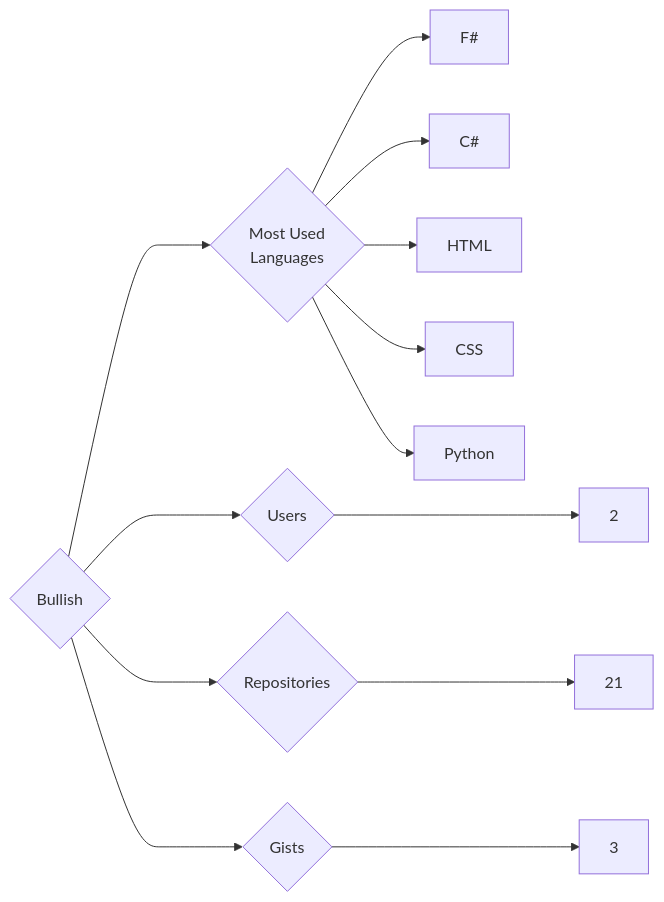
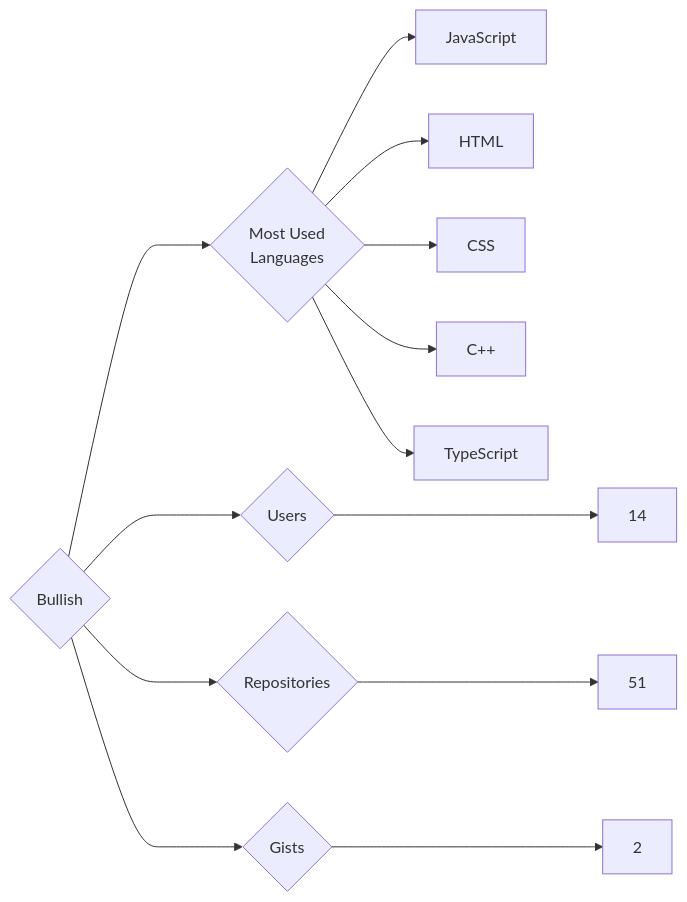
Before and after one commit to trickest/insiders: the diagram in targets/Bullish/README.md, drawn with Mermaid. The commit also changed 786 other files, not shown here.

````diff
--- a/targets/Bullish/README.md
+++ b/targets/Bullish/README.md
@@ -3,13 +3,13 @@
 ```mermaid
 graph LR
 COMPANY_NAME{Bullish}
-COMPANY_NAME ---> U{Users} ---> UN[2]
-COMPANY_NAME ---> R{Repositories} ---> RN[21]
-COMPANY_NAME ---> G{Gists} ---> GN[3]
+COMPANY_NAME ---> U{Users} ---> UN[14]
+COMPANY_NAME ---> R{Repositories} ---> RN[51]
+COMPANY_NAME ---> G{Gists} ---> GN[2]
 COMPANY_NAME ---> ML{Most Used<br>Languages}
-ML --> F#[F#]
-ML --> C#[C#]
+ML --> JavaScript[JavaScript]
 ML --> HTML[HTML]
 ML --> CSS[CSS]
-ML --> Python[Python]
+ML --> C++[C++]
+ML --> TypeScript[TypeScript]
 ```
````
